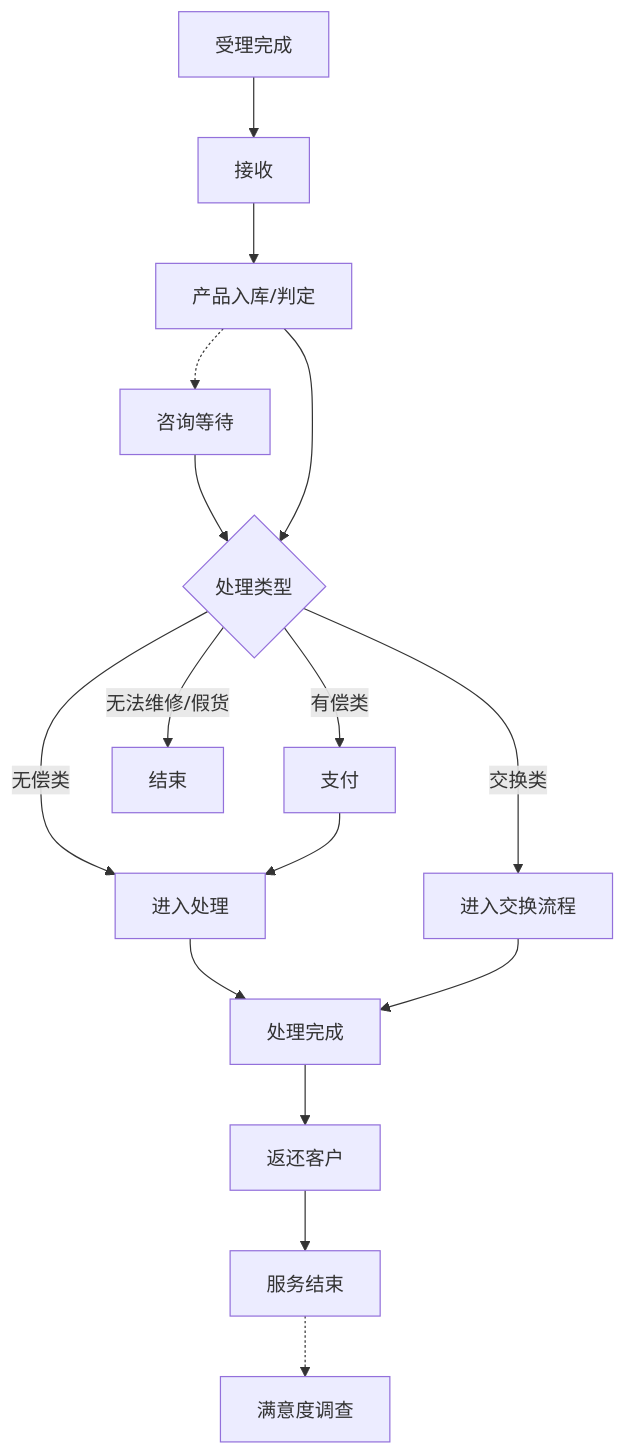
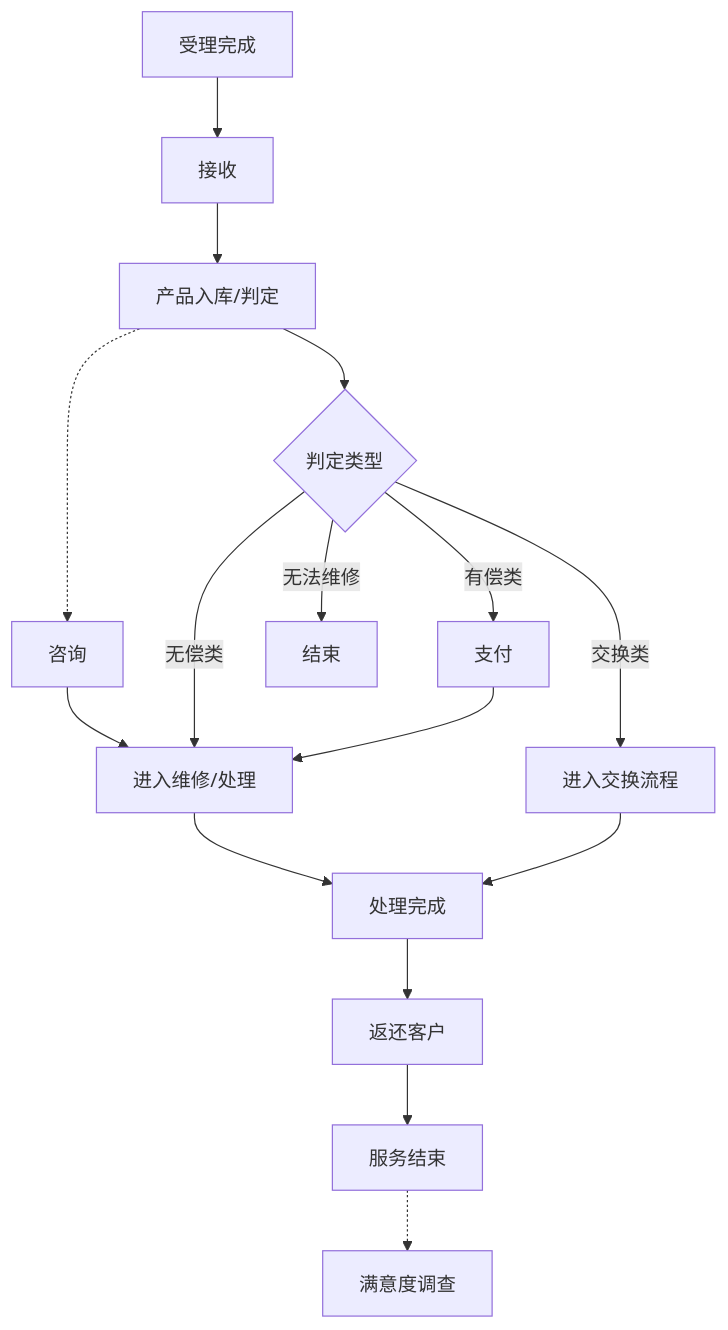
The first of 33 diagrams in 文档/GM系统需求说明.md (guguohai/gmps), drawn with Mermaid before and after one commit. The commit also changed other lines of this file and 2 other files, not shown here.

````diff
--- a/文档/GM系统需求说明.md
+++ b/文档/GM系统需求说明.md
@@ -118,24 +112,23 @@
 ```mermaid
 flowchart TD
 
 A[受理完成] --> B[接收]
 B --> C[产品入库/判定]
 
-C -.-> N[咨询等待]
-N --> D{处理类型}
+C --> D{判定类型}
+C -.-> N[咨询]
+N --> F[进入维修/处理]
 
-C --> D{处理类型}
 D -->|有偿类| E[支付]
-D -->|无偿类| F[进入处理]
+D -->|无偿类| F
 D -->|交换类| G[进入交换流程]
+D -->|无法维修| H[结束]
 
 E --> F
 F --> J[处理完成]
 G --> J
 
 J --> K[返还客户]
 K --> L[服务结束]
 L -.-> M[满意度调查]
-
-D -->|无法维修/假货| H[结束]
 ```
````
